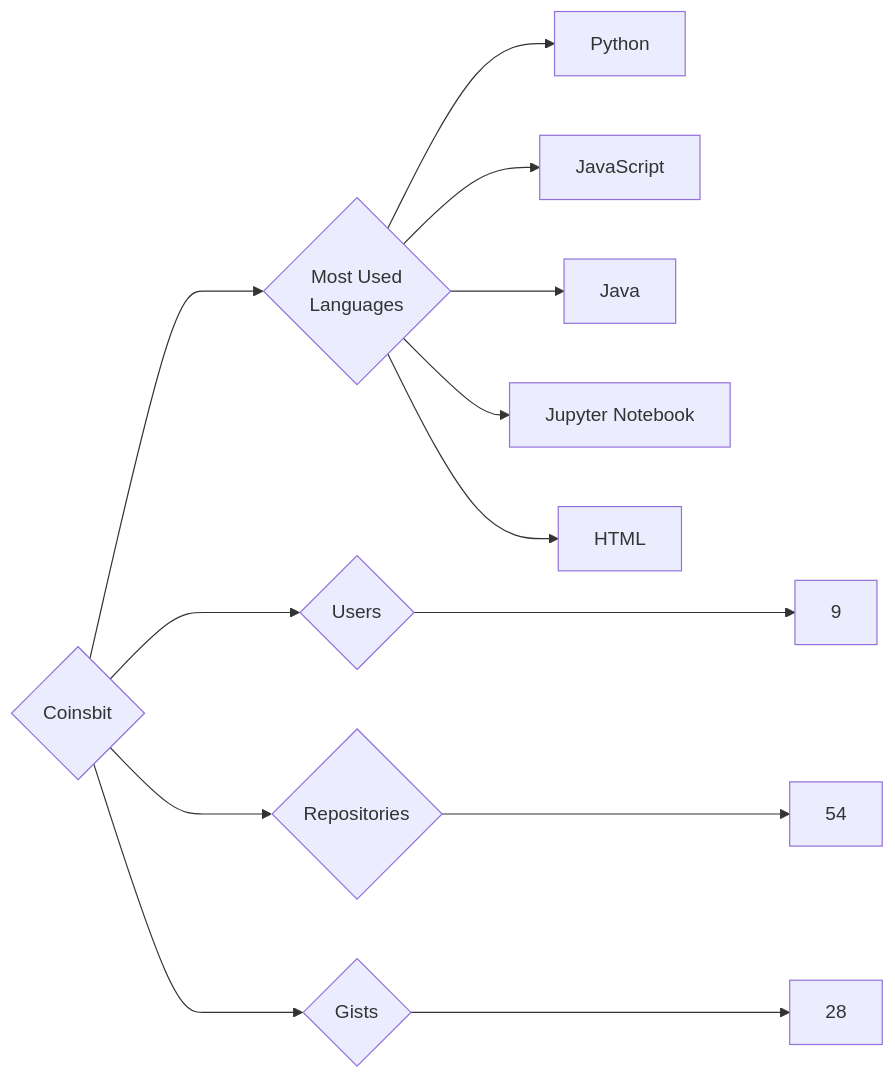
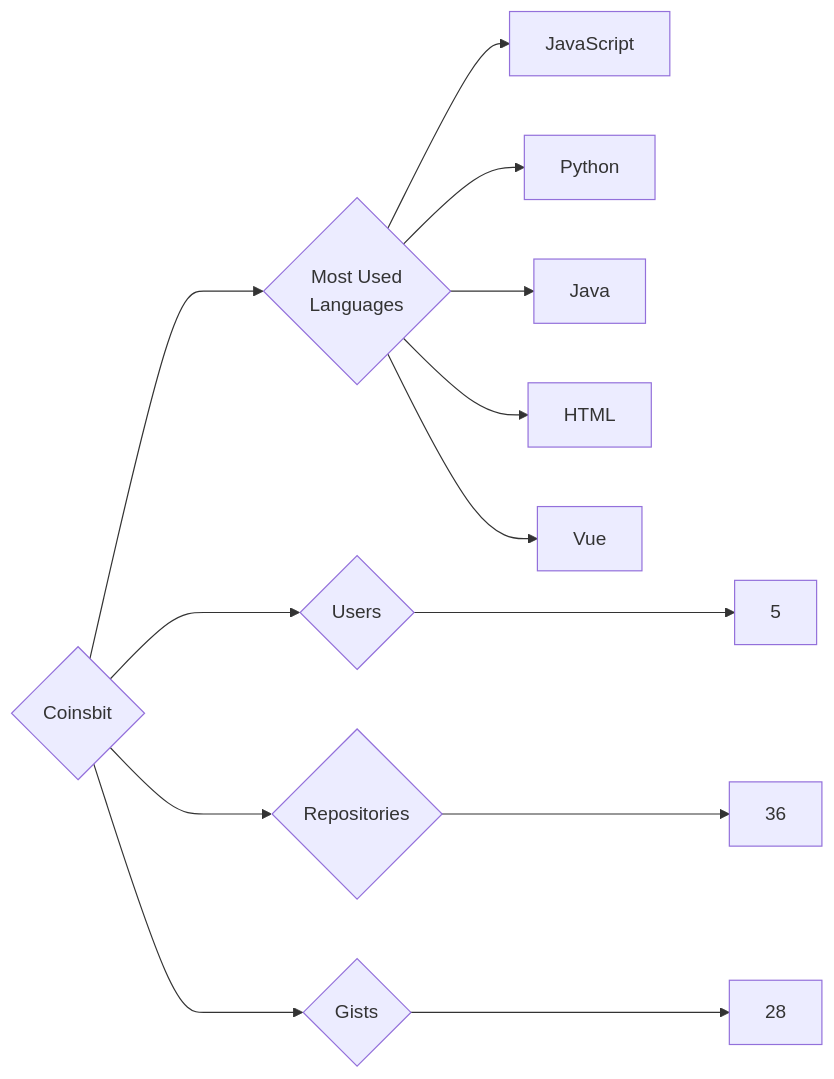
Before and after one commit to trickest/insiders: the diagram in targets/Coinsbit/README.md, drawn with Mermaid. The commit also changed 840 other files, not shown here.

````diff
--- a/targets/Coinsbit/README.md
+++ b/targets/Coinsbit/README.md
@@ -3,13 +3,13 @@
 ```mermaid
 graph LR
 COMPANY_NAME{Coinsbit}
-COMPANY_NAME ---> U{Users} ---> UN[9]
-COMPANY_NAME ---> R{Repositories} ---> RN[54]
+COMPANY_NAME ---> U{Users} ---> UN[5]
+COMPANY_NAME ---> R{Repositories} ---> RN[36]
 COMPANY_NAME ---> G{Gists} ---> GN[28]
 COMPANY_NAME ---> ML{Most Used<br>Languages}
+ML --> JavaScript[JavaScript]
 ML --> Python[Python]
-ML --> JavaScript[JavaScript]
 ML --> Java[Java]
-ML --> Jupyter_Notebook[Jupyter Notebook]
 ML --> HTML[HTML]
+ML --> Vue[Vue]
 ```
````
